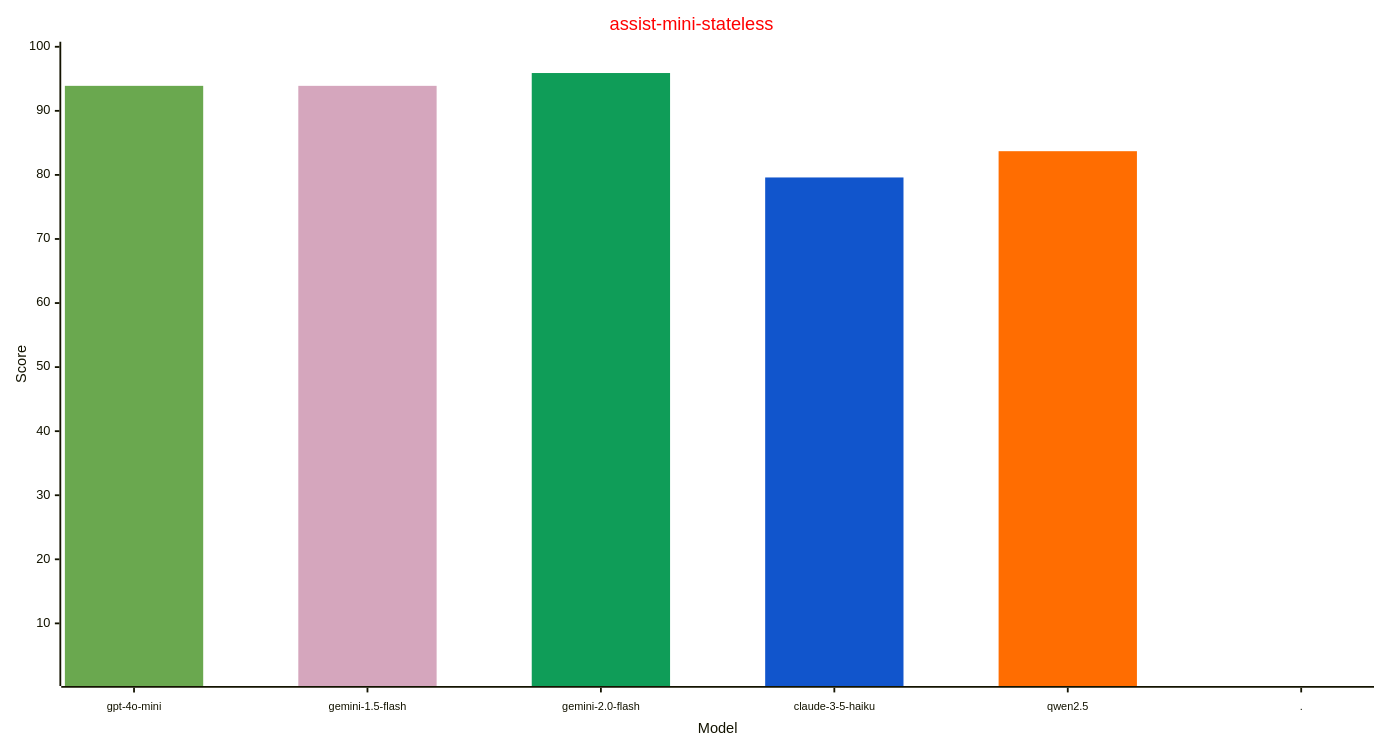
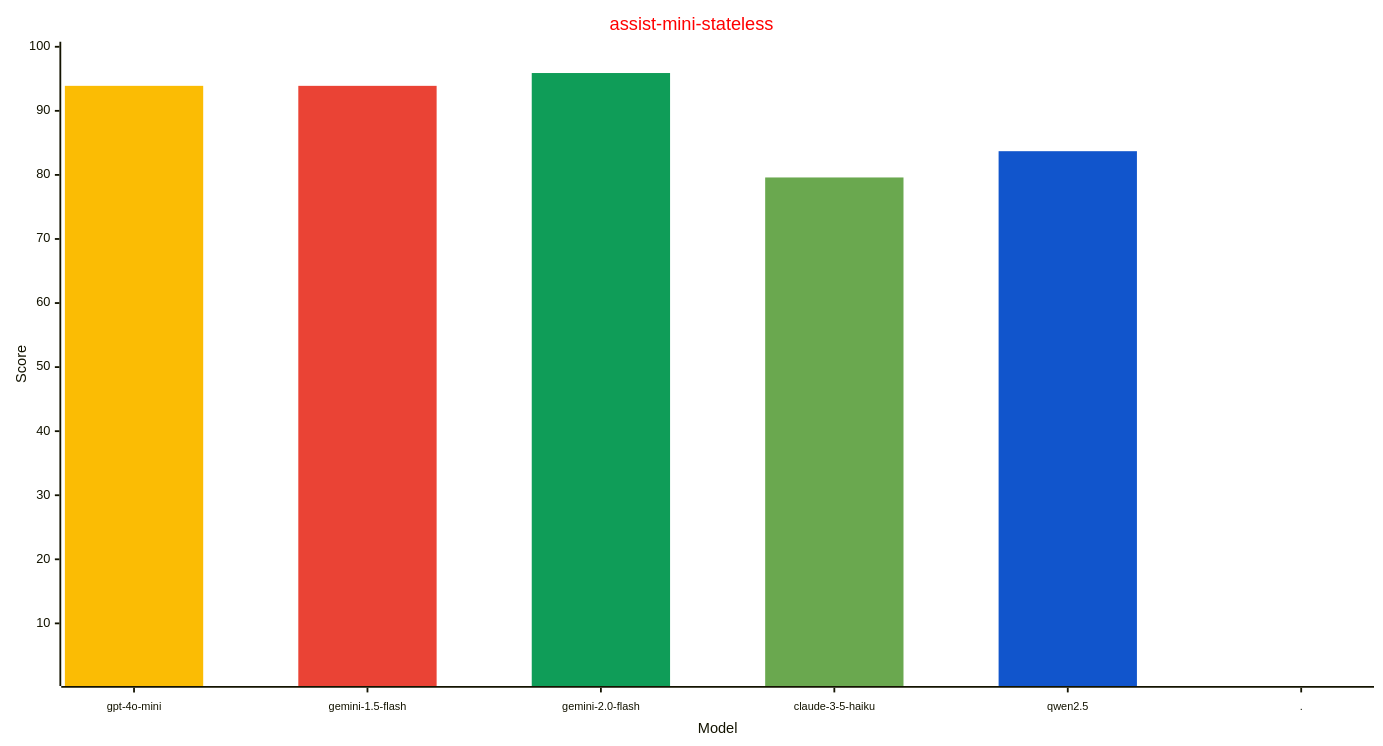
One commit to allenporter/home-assistant-datasets changed the second of 3 diagrams in reports/README.md. Above: the diagram before and after it, drawn with Mermaid. The commit also changed other lines of this file and 2 other files, not shown here.

````diff
--- a/reports/README.md
+++ b/reports/README.md
@@ -104,26 +104,26 @@
 ```mermaid
 ---
 config:
     xyChart:
         width: 1500
         height: 800
         xAxis:
           labelFontSize: 12
           labelPadding: 8
     themeVariables:
         xyChart:
             titleColor: "#ff0000"
-            plotColorPalette: "#6aa84f, #d5a6bd, #0f9d58, #1155cc, #ff6d01, #4285f4"
+            plotColorPalette: "#fbbc04, #ea4335, #0f9d58, #6aa84f, #1155cc, #4285f4"
 
 ---
 xychart-beta
   title "assist-mini-stateless"
   x-axis "Model" [gpt-4o-mini, gemini-1.5-flash, gemini-2.0-flash, claude-3-5-haiku, qwen2.5, .]
   y-axis "Score" 1 --> 100
   bar [93.9, 0.0, 0.0, 0.0, 0.0, 0.0]
   bar [0.0, 93.9, 0.0, 0.0, 0.0, 0.0]
   bar [0.0, 0.0, 95.9, 0.0, 0.0, 0.0]
   bar [0.0, 0.0, 0.0, 79.6, 0.0, 0.0]
   bar [0.0, 0.0, 0.0, 0.0, 83.7, 0.0]
   bar [0.0, 0.0, 0.0, 0.0, 0.0, -1.0]
 ```
````
